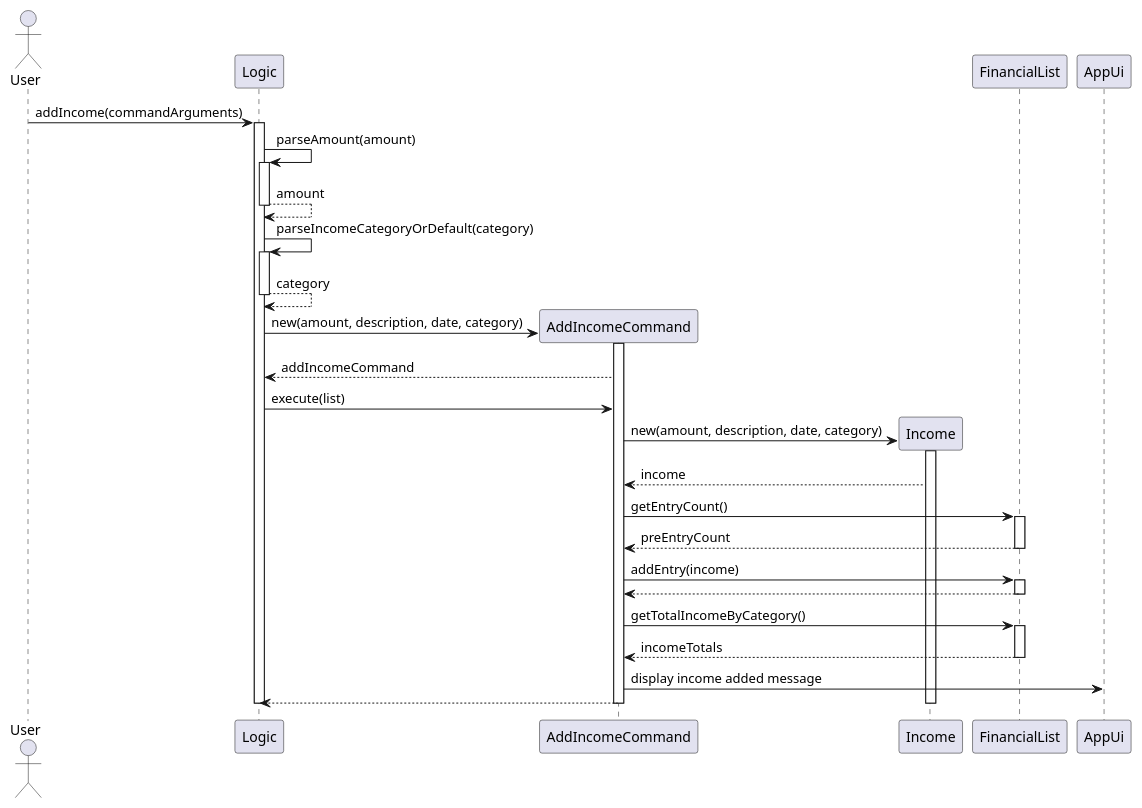
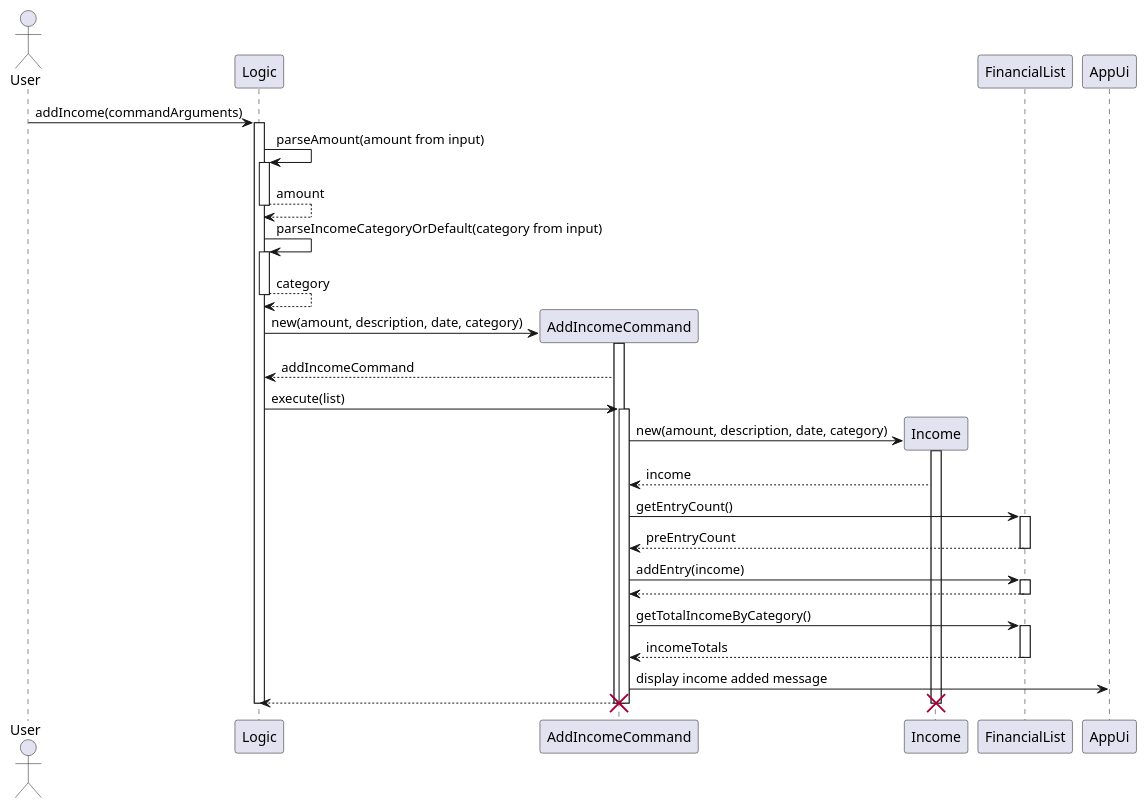
One commit to nus-cs2113-AY2425S1/tp changed the diagram in docs/UML/addIncomeCommandSequence.puml. Above: the diagram before and after it, drawn with PlantUML. The commit also changed 4 other files, not shown here.

```diff
--- a/docs/UML/addIncomeCommandSequence.puml
+++ b/docs/UML/addIncomeCommandSequence.puml
@@ -1,46 +1,50 @@
 @startuml
 actor User
 participant Logic
 
 User -> Logic: addIncome(commandArguments)
 activate Logic
 
-Logic -> Logic: parseAmount(amount)
+Logic -> Logic: parseAmount(amount from input)
 activate Logic
 return amount
 
-Logic -> Logic: parseIncomeCategoryOrDefault(category)
+Logic -> Logic: parseIncomeCategoryOrDefault(category from input)
 activate Logic
 return category
 
 create AddIncomeCommand
 Logic -> AddIncomeCommand: new(amount, description, date, category)
 activate AddIncomeCommand
 AddIncomeCommand --> Logic: addIncomeCommand
 Logic -> AddIncomeCommand: execute(list)
+activate AddIncomeCommand
 
 create Income
 AddIncomeCommand -> Income: new(amount, description, date, category)
 activate Income
 Income --> AddIncomeCommand: income
 
 AddIncomeCommand -> FinancialList: getEntryCount()
 activate FinancialList
 FinancialList --> AddIncomeCommand: preEntryCount
 deactivate FinancialList
 
 AddIncomeCommand -> FinancialList: addEntry(income)
 activate FinancialList
 return
 
 AddIncomeCommand -> FinancialList: getTotalIncomeByCategory()
 activate FinancialList
 return incomeTotals
 
 AddIncomeCommand -> AppUi: display income added message
+AddIncomeCommand --> Logic
+deactivate AddIncomeCommand
 
-AddIncomeCommand --> Logic
 deactivate Income
+destroy Income
 deactivate AddIncomeCommand
+destroy AddIncomeCommand
 deactivate Logic
 @enduml
```
